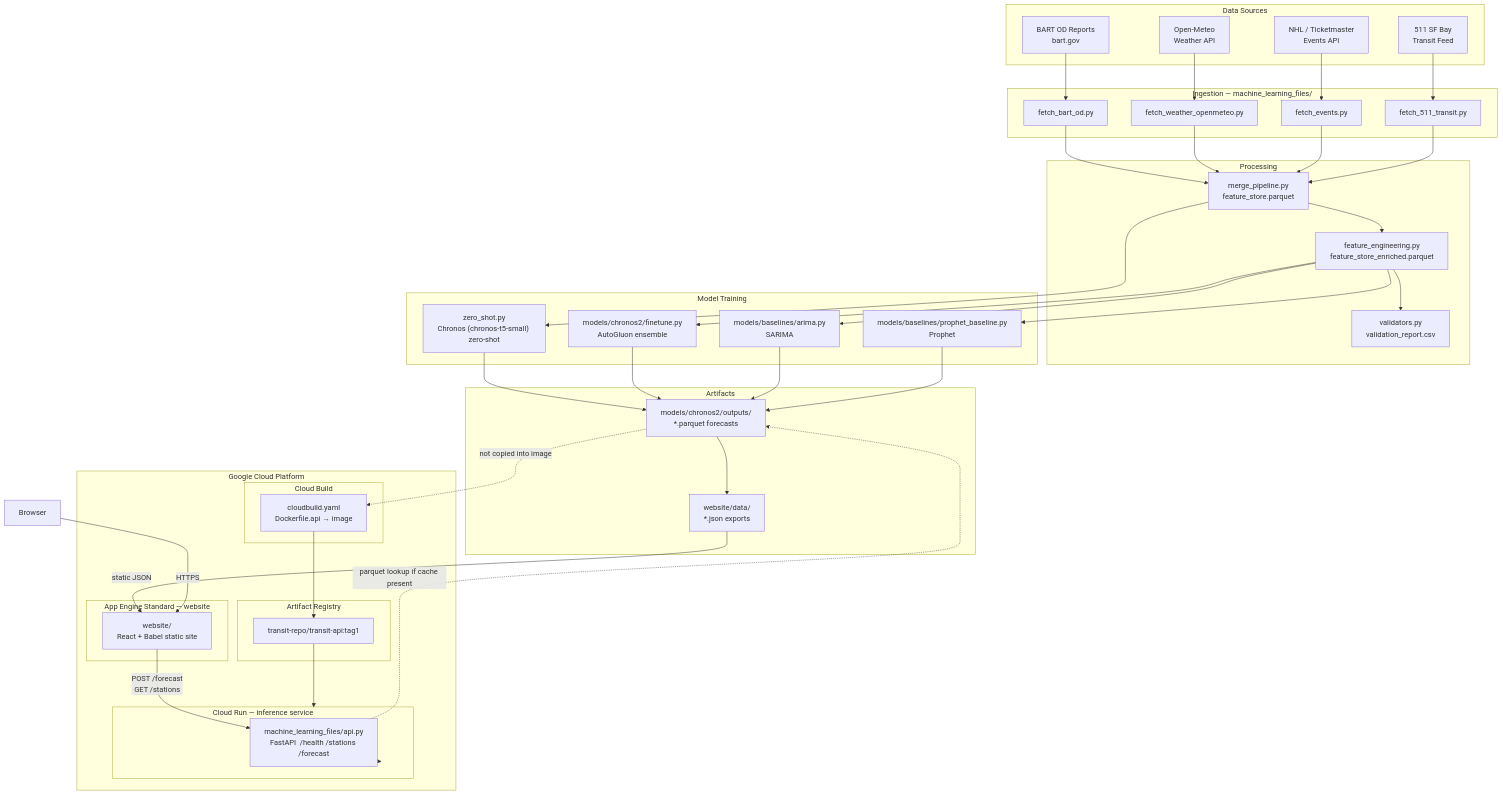
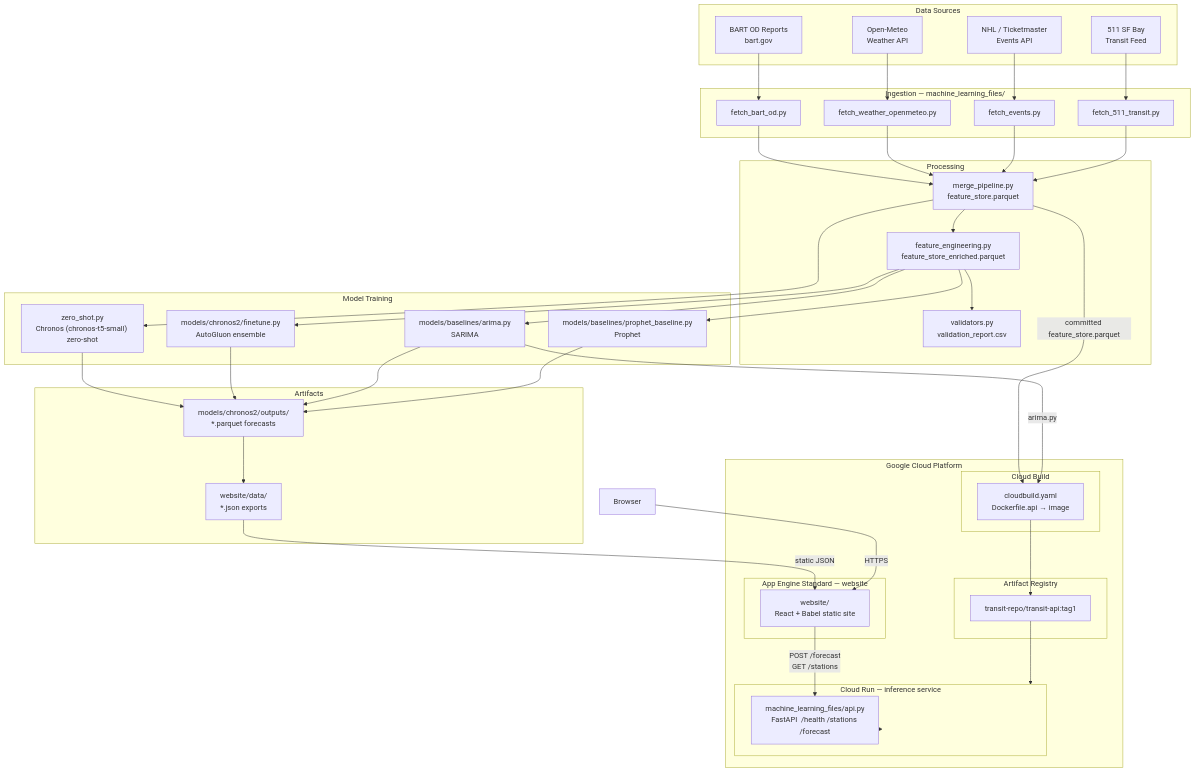
The diagram in docs/ARCHITECTURE.md (Dhruv-cs50/transit-demand-forecasting), drawn with Mermaid before and after one commit. The commit also changed other lines of this file and 4 other files, not shown here.

First line of the commit message:
Describe the SARIMA-serving API image in the docs

````diff
--- a/docs/ARCHITECTURE.md
+++ b/docs/ARCHITECTURE.md
@@ -5,74 +5,74 @@
 ```mermaid
 flowchart TD
     subgraph SRC["Data Sources"]
         S1[BART OD Reports\nbart.gov]
         S2[Open-Meteo\nWeather API]
         S3[NHL / Ticketmaster\nEvents API]
         S4[511 SF Bay\nTransit Feed]
     end
 
     subgraph ING["Ingestion — machine_learning_files/"]
         I1[fetch_bart_od.py]
         I2[fetch_weather_openmeteo.py]
         I3[fetch_events.py]
         I4[fetch_511_transit.py]
     end
 
     subgraph PROC["Processing"]
         P1[merge_pipeline.py\nfeature_store.parquet]
         P2[feature_engineering.py\nfeature_store_enriched.parquet]
         P3[validators.py\nvalidation_report.csv]
     end
 
     subgraph TRAIN["Model Training"]
         M1["zero_shot.py\nChronos (chronos-t5-small) zero-shot"]
         M2[models/chronos2/finetune.py\nAutoGluon ensemble]
         M3[models/baselines/arima.py\nSARIMA]
         M4[models/baselines/prophet_baseline.py\nProphet]
     end
 
     subgraph OUT["Artifacts"]
         O1[models/chronos2/outputs/\n*.parquet forecasts]
         O2[website/data/\n*.json exports]
     end
 
     subgraph CLOUD["Google Cloud Platform"]
         subgraph BUILD["Cloud Build"]
             CB[cloudbuild.yaml\nDockerfile.api → image]
         end
         subgraph AR["Artifact Registry"]
             AR1[transit-repo/transit-api:tag1]
         end
         subgraph CR["Cloud Run — inference service"]
             API[machine_learning_files/api.py\nFastAPI  /health /stations /forecast]
         end
         subgraph GAE["App Engine Standard — website"]
             WEB[website/\nReact + Babel static site]
         end
     end
 
     USER[Browser]
 
     S1 --> I1
     S2 --> I2
     S3 --> I3
     S4 --> I4
 
     I1 & I2 & I3 & I4 --> P1
     P1 --> P2
     P2 --> P3
     P1 --> M1
     P2 --> M2 & M3 & M4
     M1 & M2 & M3 & M4 --> O1
     O1 --> O2
 
     O2 -->|static JSON| WEB
-    O1 -.->|not copied into image| CB
+    P1 -->|committed feature_store.parquet| CB
+    M3 -->|arima.py| CB
     CB --> AR1
     AR1 --> CR
     CR --> API
 
     USER -->|HTTPS| WEB
     WEB -->|POST /forecast\nGET /stations| API
-    API -.->|parquet lookup if cache present| O1
 ```
````
